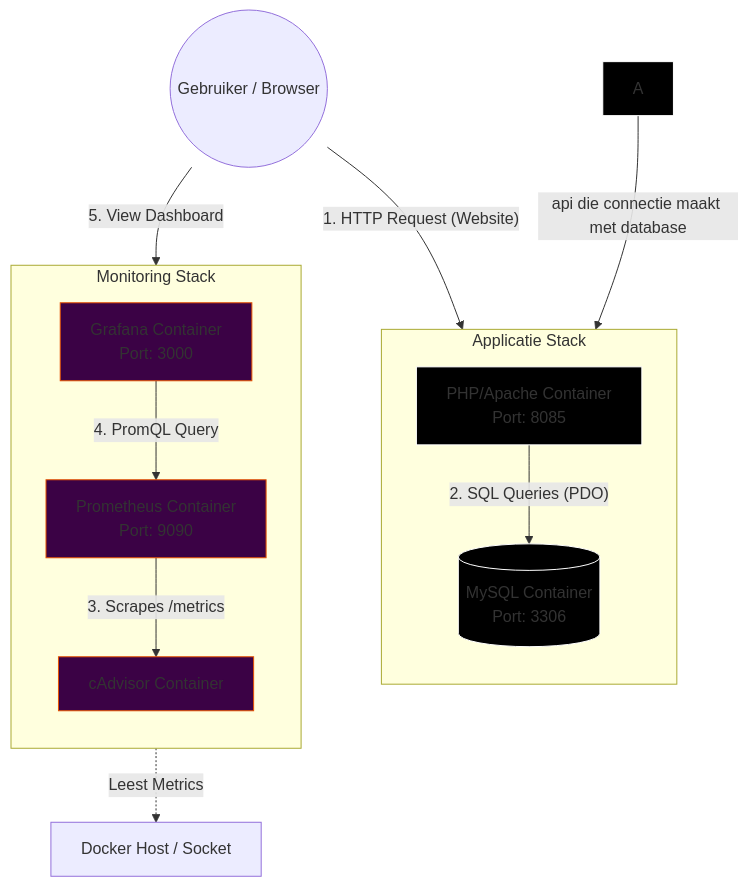
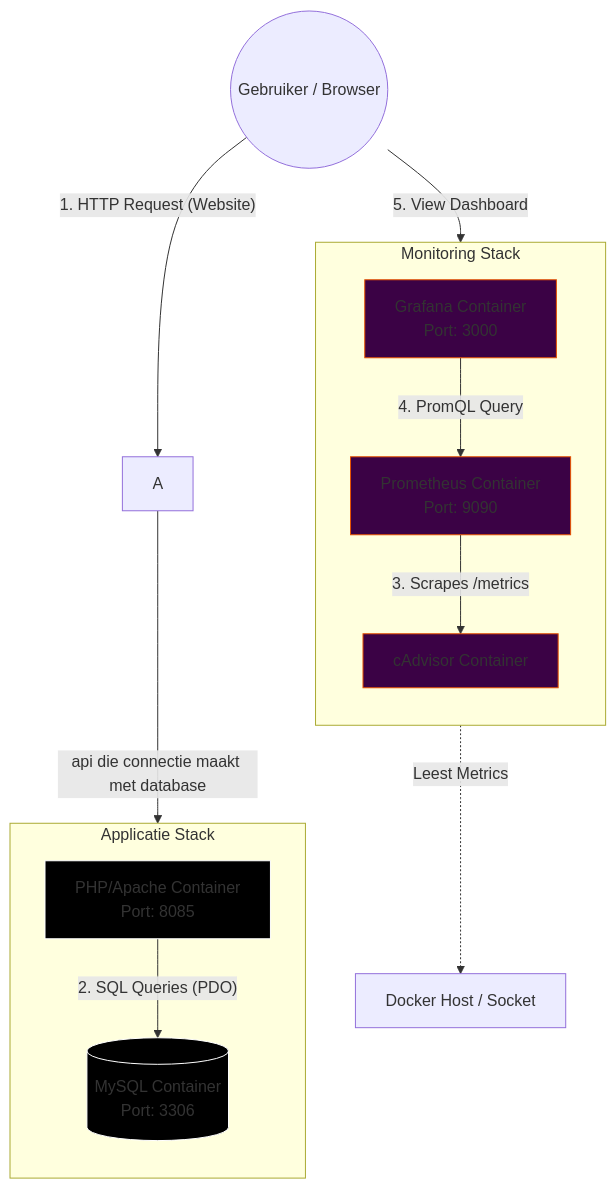
Before and after one commit to oguzhan6/jenkins-test: the diagram in documentation.md, drawn with Mermaid. The commit also changed other lines of this file, not shown here.

````diff
--- a/documentation.md
+++ b/documentation.md
@@ -8,44 +8,43 @@
 ```mermaid
 graph TD
     %% Definieer de Gebruiker
     User((Gebruiker / Browser))
 
     %% Host Systeem
     Host[Docker Host / Socket]
 
     %% Groepering Applicatie
     subgraph AppStack [Applicatie Stack]
         direction TB
         PHP[PHP/Apache Container<br/>Port: 8085]
         MySQL[(MySQL Container<br/>Port: 3306)]
     end
 
     %% Groepering Monitoring
     subgraph MonStack [Monitoring Stack]
         direction TB
         cAdvisor[cAdvisor Container]
         Prometheus[Prometheus Container<br/>Port: 9090]
         Grafana[Grafana Container<br/>Port: 3000]
     end
 
     %% Data Flows - Applicatie
-    User -- "1. HTTP Request (Website)" --> PHP
+    User -- "1. HTTP Request (Website)" --> A
     A -- "api die connectie maakt met database" --> PHP
     PHP -- "2. SQL Queries (PDO)" --> MySQL
 
     %% Data Flows - Monitoring Verzameling
     cAdvisor -. "Leest Metrics" .-> Host
     Prometheus -- "3. Scrapes /metrics" --> cAdvisor
 
     %% Data Flows - Visualisatie
     User -- "5. View Dashboard" --> Grafana
     Grafana -- "4. PromQL Query" --> Prometheus
 
     %% Styling voor duidelijkheid
-    style A fill:#000,stroke:#fff
     style PHP fill:#000,stroke:#fff
     style MySQL fill:#000,stroke:#fff
     style cAdvisor fill:#3b0245,stroke:#e65100
     style Prometheus fill:#3b0245,stroke:#e65100
     style Grafana fill:#3b0245,stroke:#e65100
 ```
````
